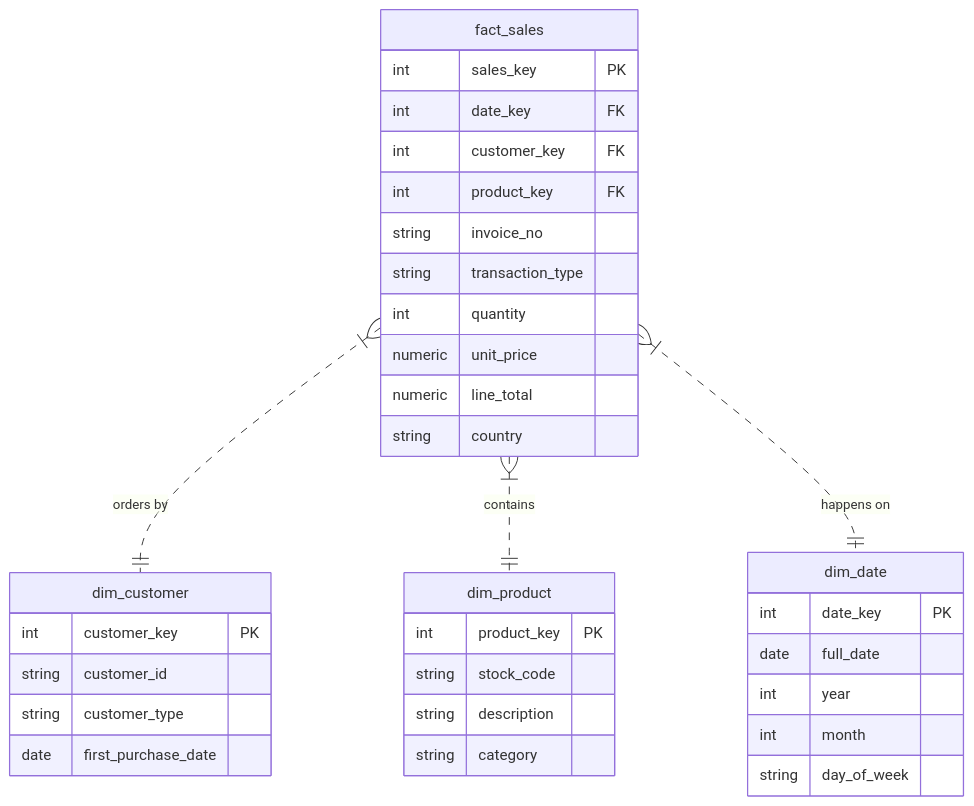
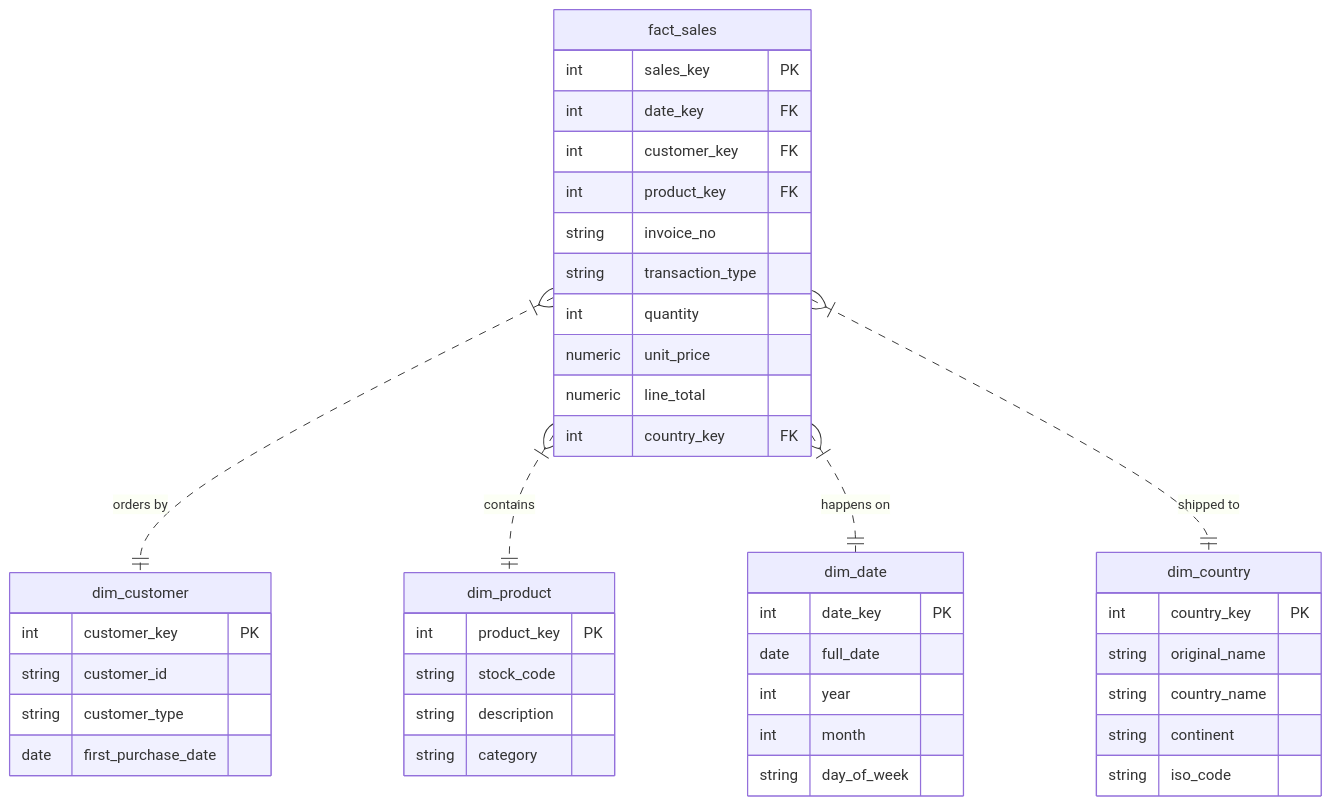
Before and after one commit to kadusic1/BI-Project: the diagram in docs/02_dwh_schema.md, drawn with Mermaid. The commit also changed other lines of this file and 2 other files, not shown here.

Commit message:
refactor: replaced country degenerate dimension with a real dimension table

````diff
--- a/docs/02_dwh_schema.md
+++ b/docs/02_dwh_schema.md
@@ -8,41 +8,50 @@
 ```mermaid
 erDiagram
     fact_sales {
         int sales_key PK
         int date_key FK
         int customer_key FK
         int product_key FK
         string invoice_no
         string transaction_type
         int quantity
         numeric unit_price
         numeric line_total
-        string country
+        int country_key FK
     }
 
     dim_customer {
         int customer_key PK
         string customer_id
         string customer_type
         date first_purchase_date
     }
 
     dim_product {
         int product_key PK
         string stock_code
         string description
         string category
     }
 
     dim_date {
         int date_key PK
         date full_date
         int year
         int month
         string day_of_week
     }
 
+    dim_country {
+        int country_key PK
+        string original_name
+        string country_name
+        string continent
+        string iso_code
+    }
+
     fact_sales }|..|| dim_customer : "orders by"
     fact_sales }|..|| dim_product : "contains"
     fact_sales }|..|| dim_date : "happens on"
+    fact_sales }|..|| dim_country : "shipped to"
 ```
````
